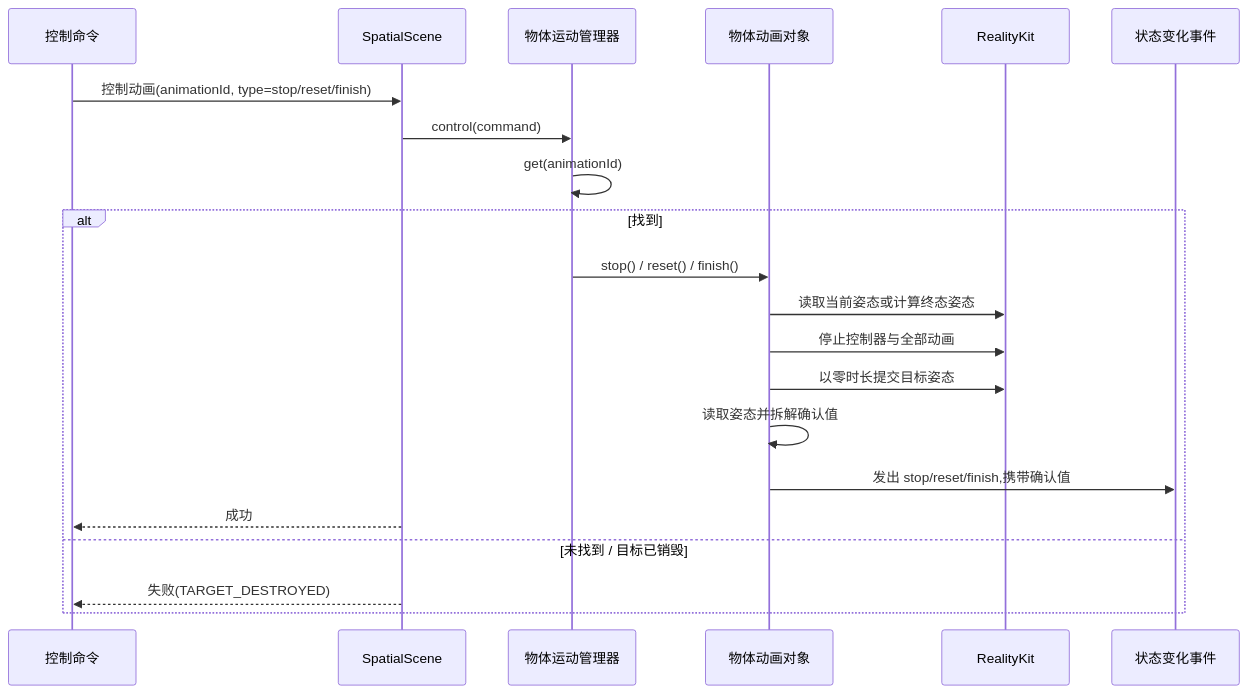
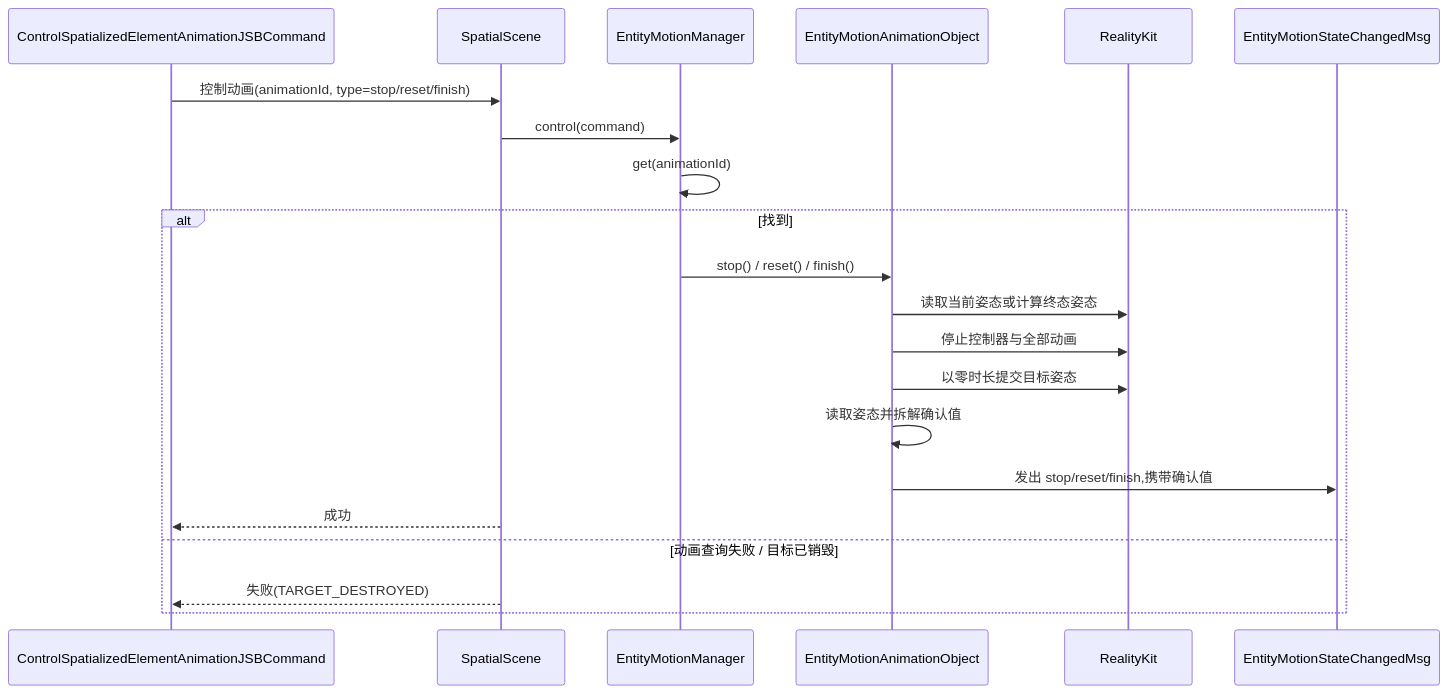
Diagram 13 of 14 in openspec/changes/redesign-entity-motion-api/design.zh.md (webspatial/webspatial-sdk), drawn with Mermaid before and after one commit. The commit also changed other lines of this file and 3 other files, not shown here.

Commit message:
update spec structure and diagram

````diff
--- a/openspec/changes/redesign-entity-motion-api/design.zh.md
+++ b/openspec/changes/redesign-entity-motion-api/design.zh.md
@@ -858,24 +972,24 @@
 ```mermaid
 sequenceDiagram
-    participant JSB as 控制命令
+    participant JSB as ControlSpatializedElementAnimationJSBCommand
     participant Scene as SpatialScene
-    participant Manager as 物体运动管理器
-    participant Obj as 物体动画对象
+    participant Manager as EntityMotionManager
+    participant Obj as EntityMotionAnimationObject
     participant RK as RealityKit
-    participant Event as 状态变化事件
+    participant Event as EntityMotionStateChangedMsg
 
     JSB->>Scene: 控制动画(animationId, type=stop/reset/finish)
     Scene->>Manager: control(command)
     Manager->>Manager: get(animationId)
     alt 找到
         Manager->>Obj: stop() / reset() / finish()
         Obj->>RK: 读取当前姿态或计算终态姿态
         Obj->>RK: 停止控制器与全部动画
         Obj->>RK: 以零时长提交目标姿态
         Obj->>Obj: 读取姿态并拆解确认值
         Obj->>Event: 发出 stop/reset/finish,携带确认值
         Scene-->>JSB: 成功
-    else 未找到 / 目标已销毁
+    else 动画查询失败 / 目标已销毁
         Scene-->>JSB: 失败(TARGET_DESTROYED)
     end
 ```
````
